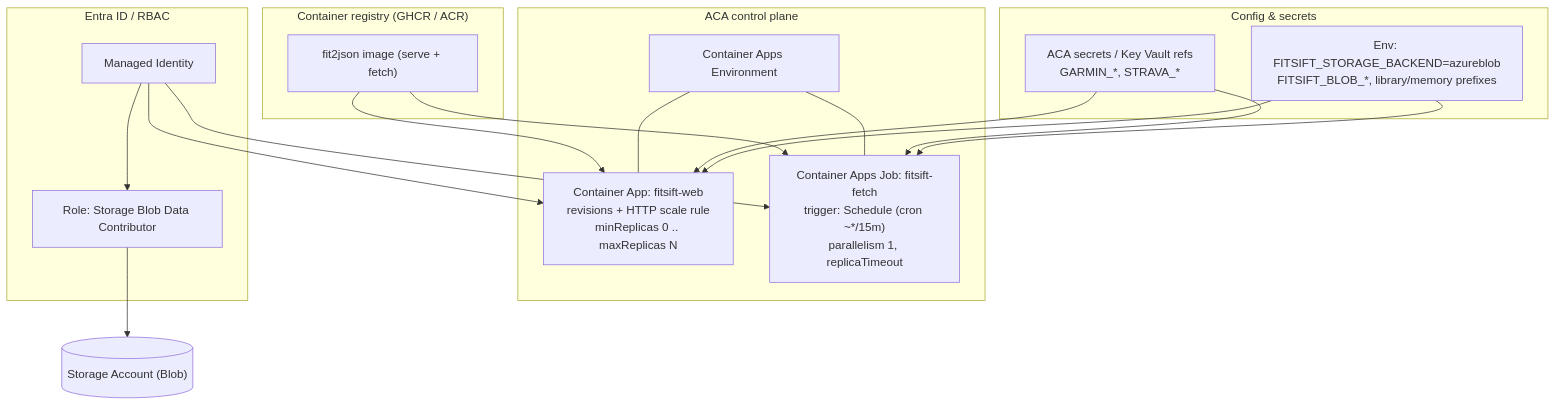
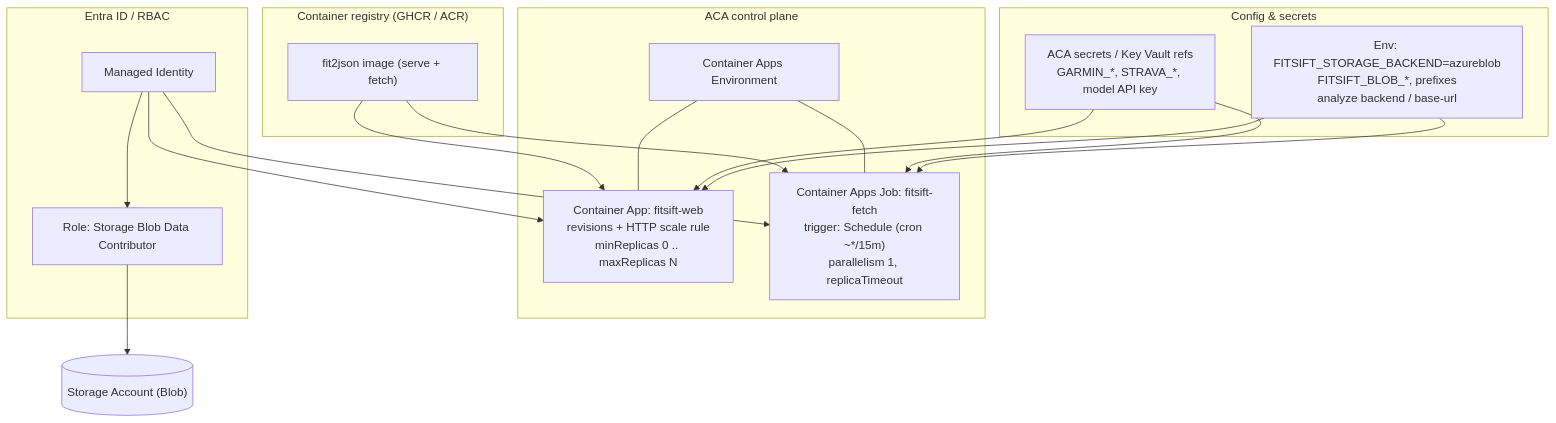
The second of 6 diagrams in docs/multi-user-sync.md (kerem-ersoz/fit2json), drawn with Mermaid before and after one commit. The commit also changed other lines of this file, not shown here.

First line of the commit message:
docs: add model-provider interactions to sync diagrams

````diff
--- a/docs/multi-user-sync.md
+++ b/docs/multi-user-sync.md
@@ -124,32 +131,32 @@
 ```mermaid
 flowchart TB
     subgraph Registry["Container registry (GHCR / ACR)"]
         IMG["fit2json image (serve + fetch)"]
     end
     subgraph Plane["ACA control plane"]
         ENV["Container Apps Environment"]
         APP["Container App: fitsift-web<br/>revisions + HTTP scale rule<br/>minReplicas 0 .. maxReplicas N"]
         JOB["Container Apps Job: fitsift-fetch<br/>trigger: Schedule (cron ~*/15m)<br/>parallelism 1, replicaTimeout"]
     end
     subgraph Identity["Entra ID / RBAC"]
         MI["Managed Identity"]
         ROLE["Role: Storage Blob Data Contributor"]
     end
     subgraph Config["Config & secrets"]
-        SEC["ACA secrets / Key Vault refs<br/>GARMIN_*, STRAVA_*"]
-        VARS["Env: FITSIFT_STORAGE_BACKEND=azureblob<br/>FITSIFT_BLOB_*, library/memory prefixes"]
+        SEC["ACA secrets / Key Vault refs<br/>GARMIN_*, STRAVA_*, model API key"]
+        VARS["Env: FITSIFT_STORAGE_BACKEND=azureblob<br/>FITSIFT_BLOB_*, prefixes<br/>analyze backend / base-url"]
     end
     SA[("Storage Account (Blob)")]
     IMG --> APP
     IMG --> JOB
     ENV --- APP
     ENV --- JOB
     MI --> APP
     MI --> JOB
     MI --> ROLE
     ROLE --> SA
     SEC --> APP
     SEC --> JOB
     VARS --> APP
     VARS --> JOB
 ```
````
